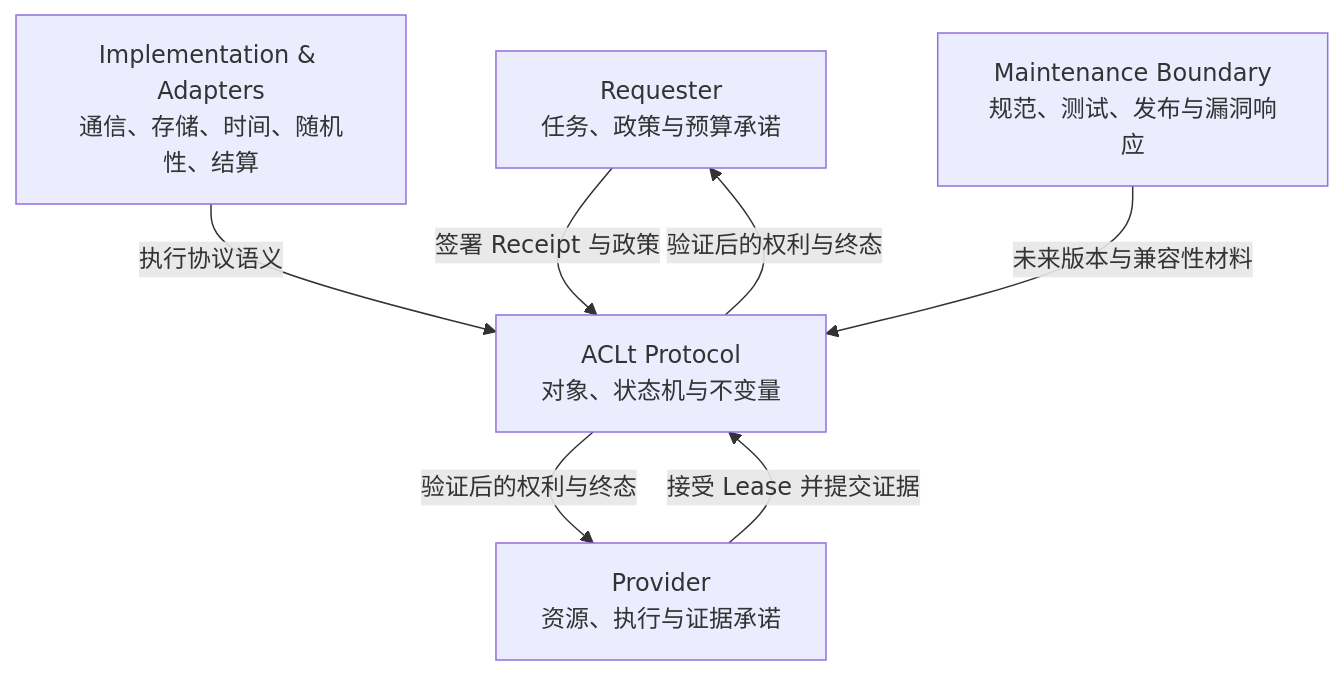
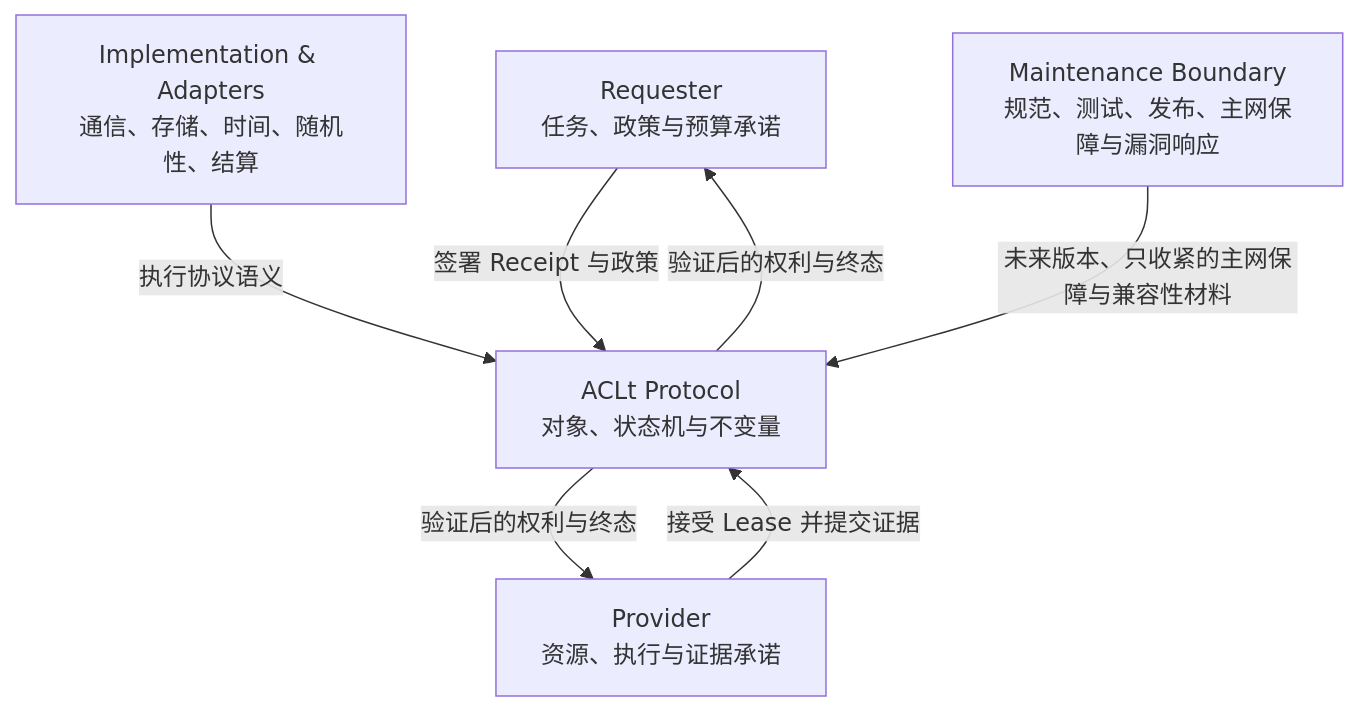
The diagram in docs/00-overview/system-context.md (ZeroMatrixTech/ACLt), drawn with Mermaid before and after one commit. The commit also changed other lines of this file and 36 other files, not shown here.

````diff
--- a/docs/00-overview/system-context.md
+++ b/docs/00-overview/system-context.md
@@ -34,15 +35,15 @@
 ```mermaid
 flowchart TD
     R["Requester\n任务、政策与预算承诺"]
     P["Provider\n资源、执行与证据承诺"]
     A["ACLt Protocol\n对象、状态机与不变量"]
     I["Implementation & Adapters\n通信、存储、时间、随机性、结算"]
-    M["Maintenance Boundary\n规范、测试、发布与漏洞响应"]
+    M["Maintenance Boundary\n规范、测试、发布、主网保障与漏洞响应"]
 
     R -->|签署 Receipt 与政策| A
     P -->|接受 Lease 并提交证据| A
     A -->|验证后的权利与终态| R
     A -->|验证后的权利与终态| P
     I -->|执行协议语义| A
-    M -->|未来版本与兼容性材料| A
+    M -->|未来版本、只收紧的主网保障与兼容性材料| A
 ```
````
